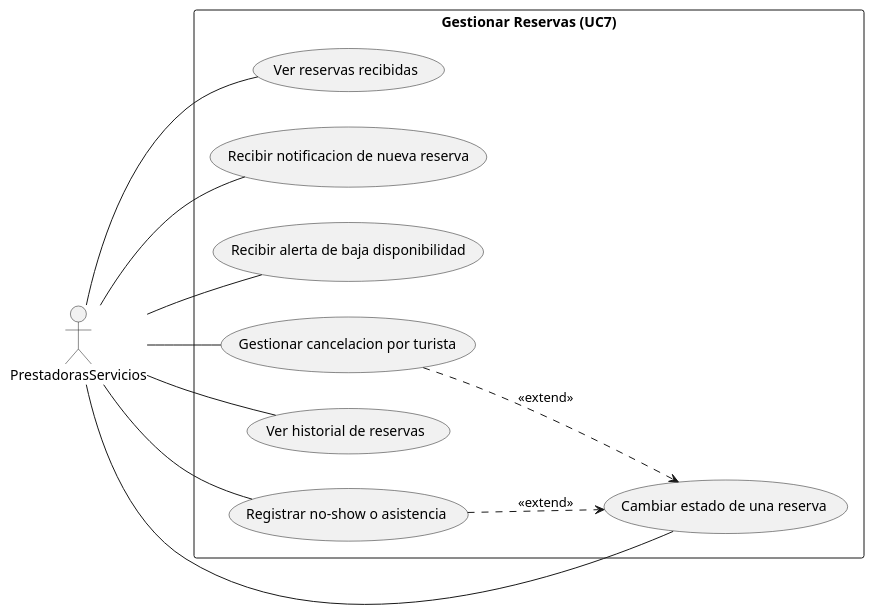
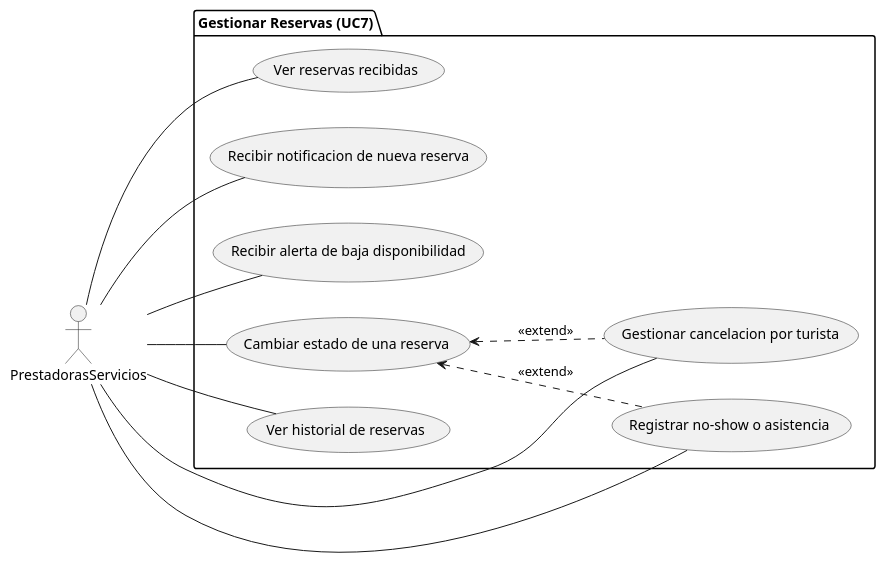
Before and after one commit to xdark-nessx20/SM-Xplore: the diagram in docs/modelos/uc-lvl-1/gestionar-reservas/prestadora-diagrama.puml, drawn with PlantUML. The commit also changed 4 other files, not shown here.

Commit message:
use package for lvl1 diagrams and fix extend arrow direction

```diff
--- a/docs/modelos/uc-lvl-1/gestionar-reservas/prestadora-diagrama.puml
+++ b/docs/modelos/uc-lvl-1/gestionar-reservas/prestadora-diagrama.puml
@@ -1,28 +1,28 @@
 @startuml
 
 left to right direction
 
 actor PrestadorasServicios as P
 
-rectangle "Gestionar Reservas (UC7)" {
+package "Gestionar Reservas (UC7)" {
     usecase "Ver reservas recibidas" as UC7_1
     usecase "Recibir notificacion de nueva reserva" as UC7_2
     usecase "Recibir alerta de baja disponibilidad" as UC7_3
     usecase "Cambiar estado de una reserva" as UC7_4
     usecase "Gestionar cancelacion por turista" as UC7_5
     usecase "Ver historial de reservas" as UC7_6
     usecase "Registrar no-show o asistencia" as UC7_7
 }
 
 P -- UC7_1
 P -- UC7_2
 P -- UC7_3
 P -- UC7_4
 P -- UC7_5
 P -- UC7_6
 P -- UC7_7
 
-UC7_5 ..> UC7_4 : <<extend>>
-UC7_7 ..> UC7_4 : <<extend>>
+UC7_4 <.. UC7_5 : <<extend>>
+UC7_4 <.. UC7_7 : <<extend>>
 
 @enduml
```
